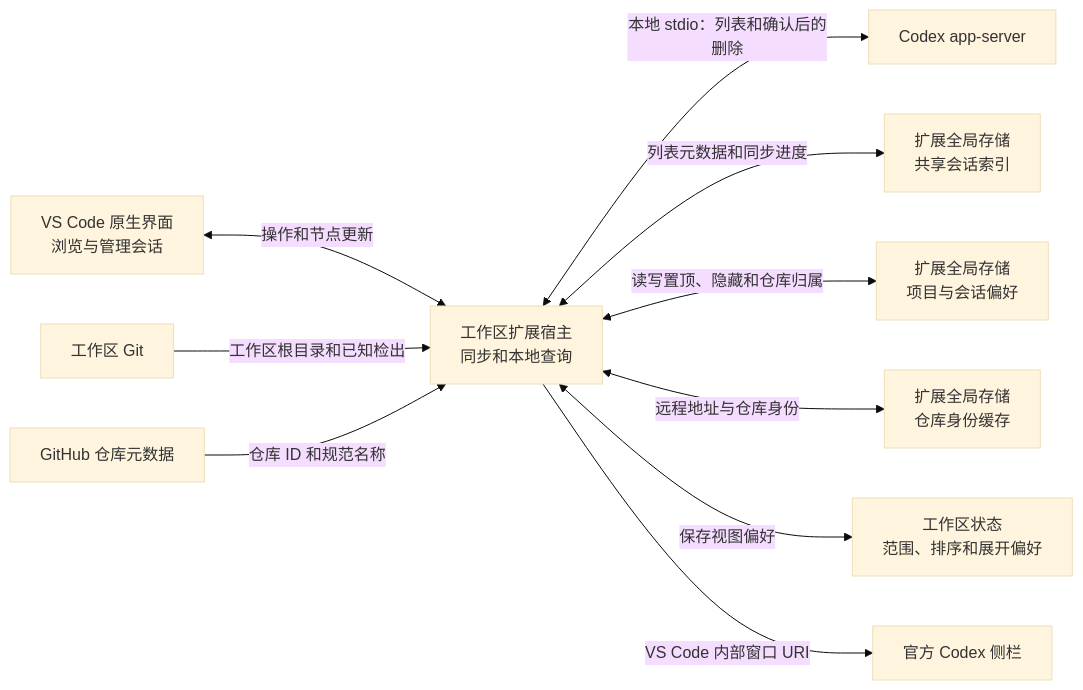
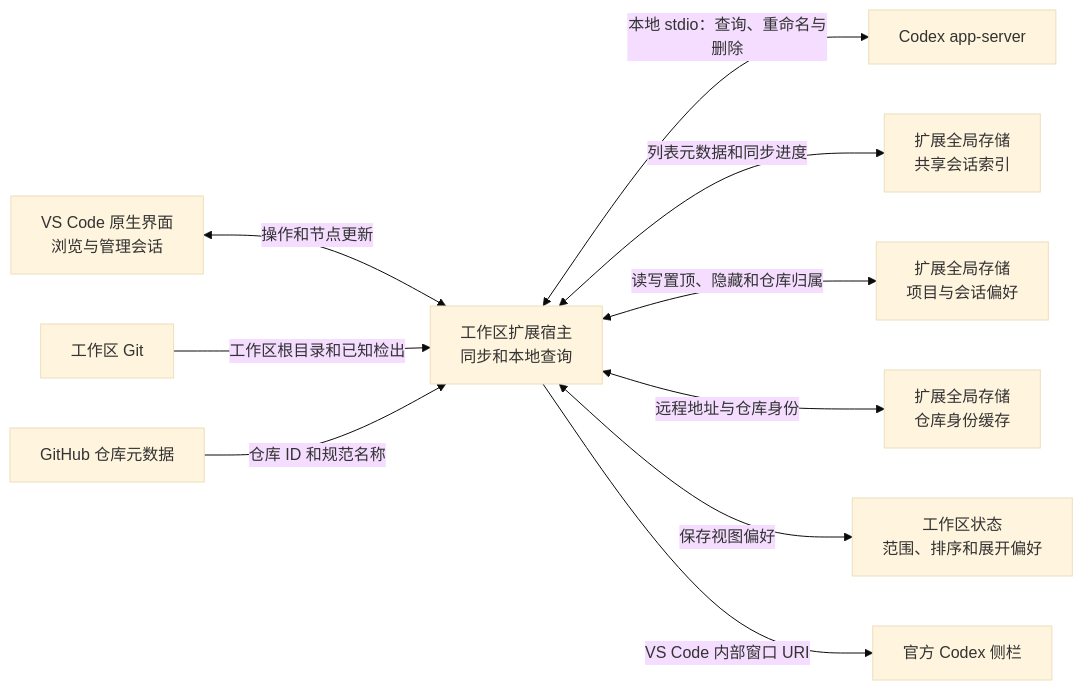
The diagram in ARCH.md (jaypume/vscode-codex-chats-list), drawn with Mermaid (base theme) before and after one commit. The commit also changed 18 other files, not shown here.

````diff
--- a/ARCH.md
+++ b/ARCH.md
@@ -3,22 +3,22 @@
 ```mermaid
 flowchart LR
   UI["VS Code 原生界面<br/>浏览与管理会话"]
   Host["工作区扩展宿主<br/>同步和本地查询"]
   Git["工作区 Git"]
   GitHub["GitHub 仓库元数据"]
   Server["Codex app-server"]
   Codex["官方 Codex 侧栏"]
   Prefs["工作区状态<br/>范围、排序和展开偏好"]
   Index["扩展全局存储<br/>共享会话索引"]
   Preferences["扩展全局存储<br/>项目与会话偏好"]
   Repositories["扩展全局存储<br/>仓库身份缓存"]
   UI <-->|"操作和节点更新"| Host
-  Host <-->|"本地 stdio：列表和确认后的删除"| Server
+  Host <-->|"本地 stdio：查询、重命名与删除"| Server
   Host <-->|"列表元数据和同步进度"| Index
   Host <-->|"读写置顶、隐藏和仓库归属"| Preferences
   Git -->|"工作区根目录和已知检出"| Host
   GitHub -->|"仓库 ID 和规范名称"| Host
   Host <-->|"远程地址与仓库身份"| Repositories
   Host <-->|"保存视图偏好"| Prefs
   Host -->|"VS Code 内部窗口 URI"| Codex
 ```
````
